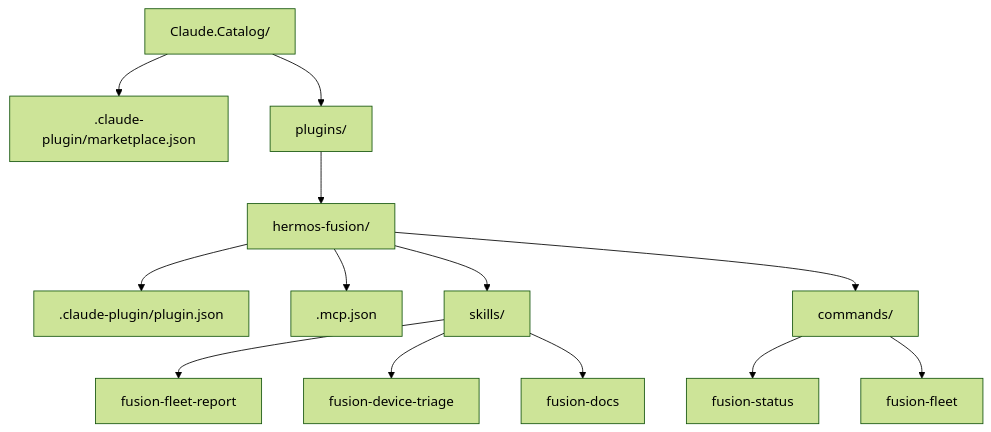
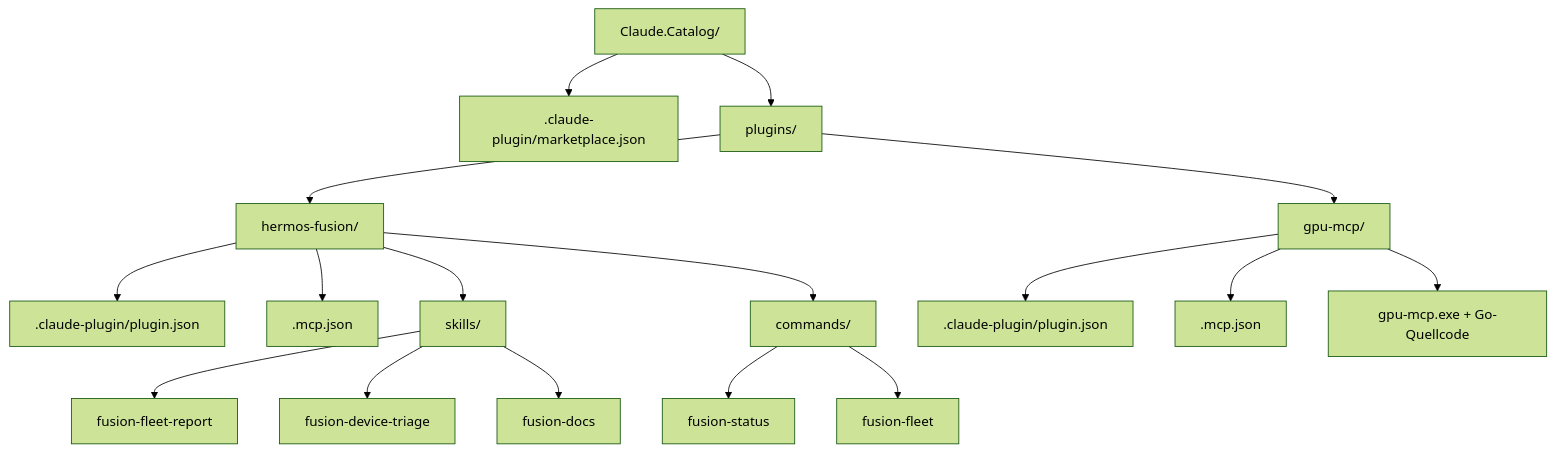
One commit to Hermos-AG/hermos-ai-marketplace changed the first of 4 diagrams in README_de.md. Above: the diagram before and after it, drawn with Mermaid (forest theme). The commit also changed other lines of this file and 23 other files, not shown here.

First line of the commit message:
feat(gpu-mcp): add initial release of gpu-mcp plugin with GPU monitoring and command execution capabilities

````diff
--- a/README_de.md
+++ b/README_de.md
@@ -32,15 +50,19 @@
 ```mermaid
 graph TD
     R["Claude.Catalog/"] --> M[".claude-plugin/marketplace.json"]
     R --> P["plugins/"]
     P --> F["hermos-fusion/"]
     F --> FM[".claude-plugin/plugin.json"]
     F --> FC[".mcp.json"]
     F --> FS["skills/"]
     F --> FK["commands/"]
     FS --> S1["fusion-fleet-report"]
     FS --> S2["fusion-device-triage"]
     FS --> S3["fusion-docs"]
     FK --> K1["fusion-status"]
     FK --> K2["fusion-fleet"]
+    P --> G["gpu-mcp/"]
+    G --> GM[".claude-plugin/plugin.json"]
+    G --> GC[".mcp.json"]
+    G --> GE["gpu-mcp.exe + Go-Quellcode"]
 ```
````
